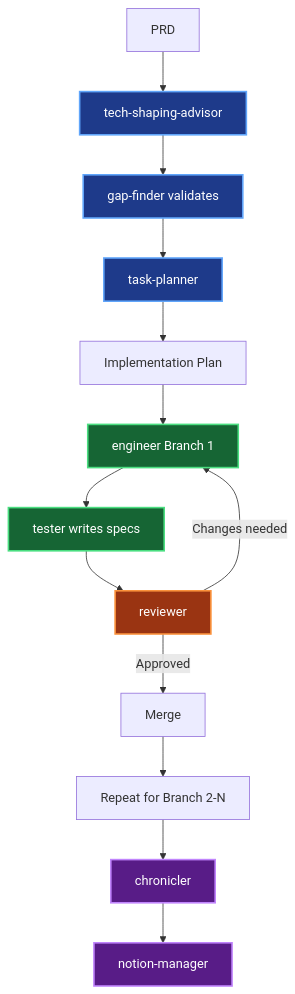
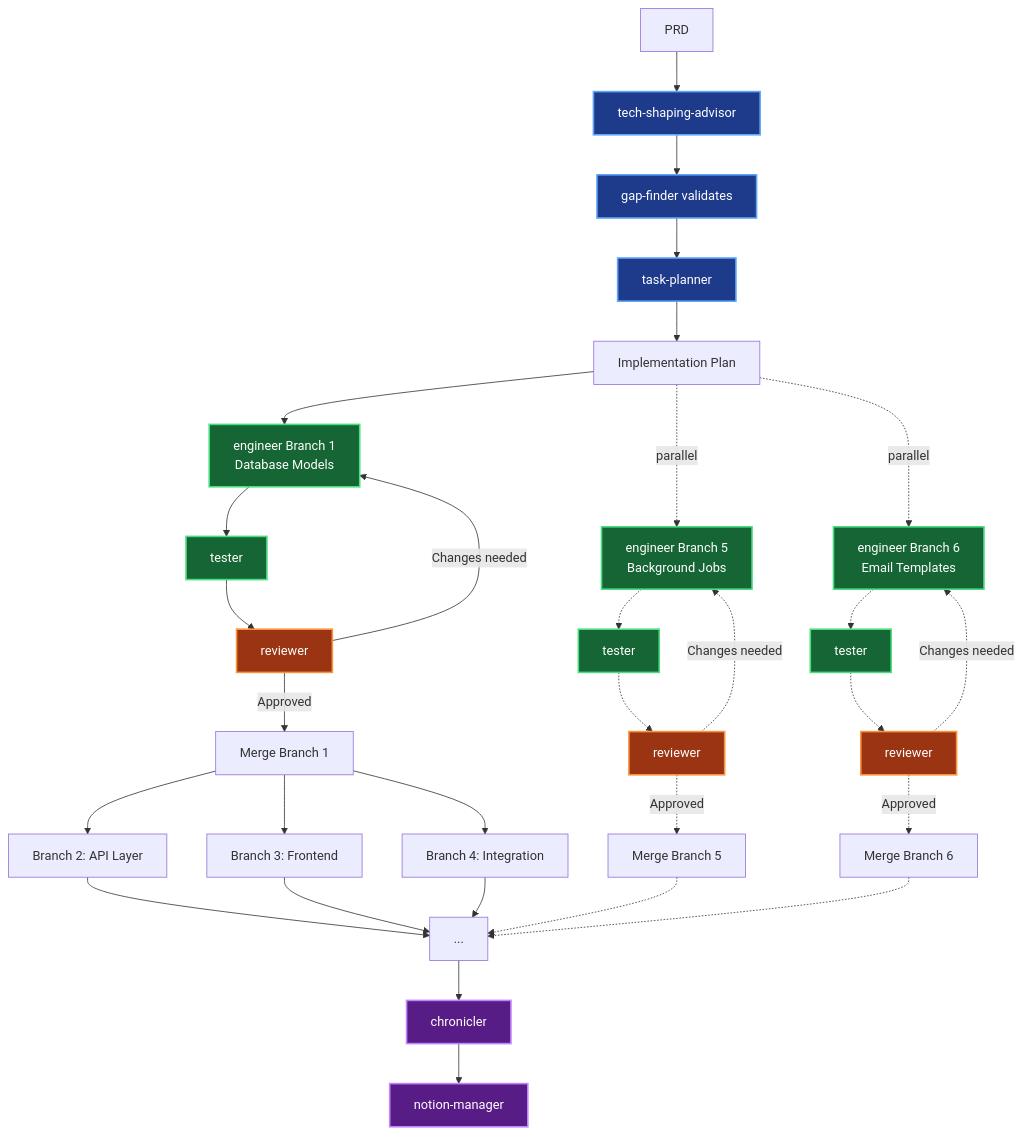
One commit to andymai/claude-agent-team changed the diagram in README.md. Above: the diagram before and after it, drawn with Mermaid.

Commit message:
Update workflow diagram to show parallel branch execution
- Show critical path with solid lines (Branch 1→2→3→4)
- Show parallel branches with dotted lines (Branch 5, 6 can run simultaneously)
- Better represents task-planner's Graphite stack structure
- Visualizes how independent branches don't block main workflow

````diff
--- a/README.md
+++ b/README.md
@@ -96,25 +96,50 @@
 ```mermaid
 graph TD
     A[PRD] --> B[tech-shaping-advisor]
     B --> C[gap-finder validates]
     C --> D[task-planner]
     D --> E[Implementation Plan]
-    E --> F[engineer Branch 1]
-    F --> G[tester writes specs]
-    G --> H[reviewer]
-    H -->|Changes needed| F
-    H -->|Approved| I[Merge]
-    I --> J[Repeat for Branch 2-N]
-    J --> K[chronicler]
-    K --> L[notion-manager]
+
+    E --> F1[engineer Branch 1<br/>Database Models]
+    E -.->|parallel| F2[engineer Branch 5<br/>Background Jobs]
+    E -.->|parallel| F3[engineer Branch 6<br/>Email Templates]
+
+    F1 --> G1[tester]
+    F2 -.-> G2[tester]
+    F3 -.-> G3[tester]
+
+    G1 --> H1[reviewer]
+    G2 -.-> H2[reviewer]
+    G3 -.-> H3[reviewer]
+
+    H1 -->|Changes needed| F1
+    H2 -.->|Changes needed| F2
+    H3 -.->|Changes needed| F3
+
+    H1 -->|Approved| I1[Merge Branch 1]
+    H2 -.->|Approved| I2[Merge Branch 5]
+    H3 -.->|Approved| I3[Merge Branch 6]
+
+    I1 --> J[Branch 2: API Layer]
+    I1 --> K[Branch 3: Frontend]
+    I1 --> M[Branch 4: Integration]
+
+    J --> N[...]
+    K --> N
+    M --> N
+    I2 -.-> N
+    I3 -.-> N
+
+    N --> O[chronicler]
+    O --> P[notion-manager]
 
     classDef planning fill:#1e3a8a,stroke:#60a5fa,stroke-width:2px,color:#fff
     classDef implementing fill:#166534,stroke:#4ade80,stroke-width:2px,color:#fff
     classDef reviewing fill:#9a3412,stroke:#fb923c,stroke-width:2px,color:#fff
     classDef documenting fill:#581c87,stroke:#c084fc,stroke-width:2px,color:#fff
 
     class B,C,D planning
-    class F,G implementing
-    class H reviewing
-    class K,L documenting
+    class F1,F2,F3,G1,G2,G3 implementing
+    class H1,H2,H3 reviewing
+    class O,P documenting
 ```
````
